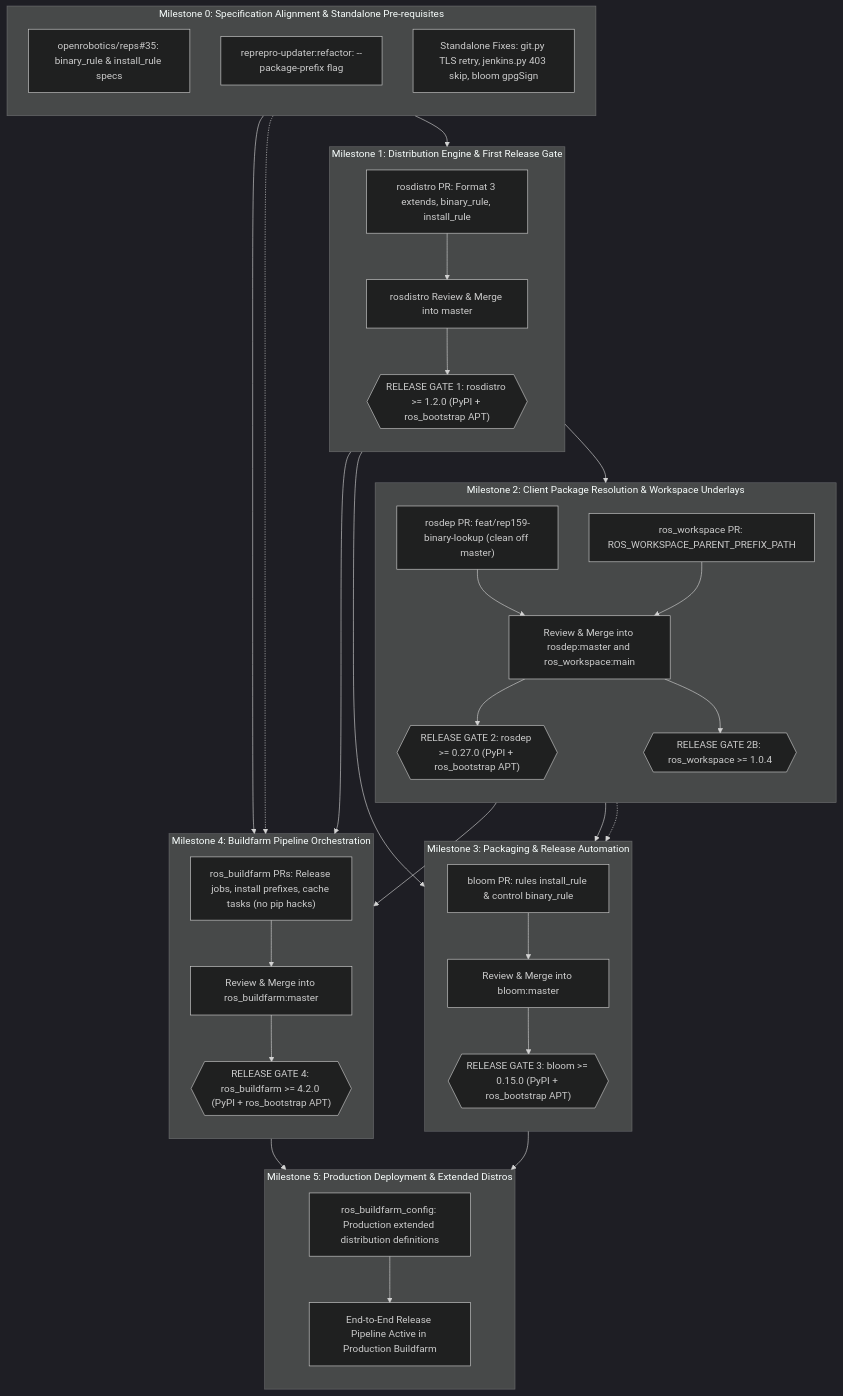
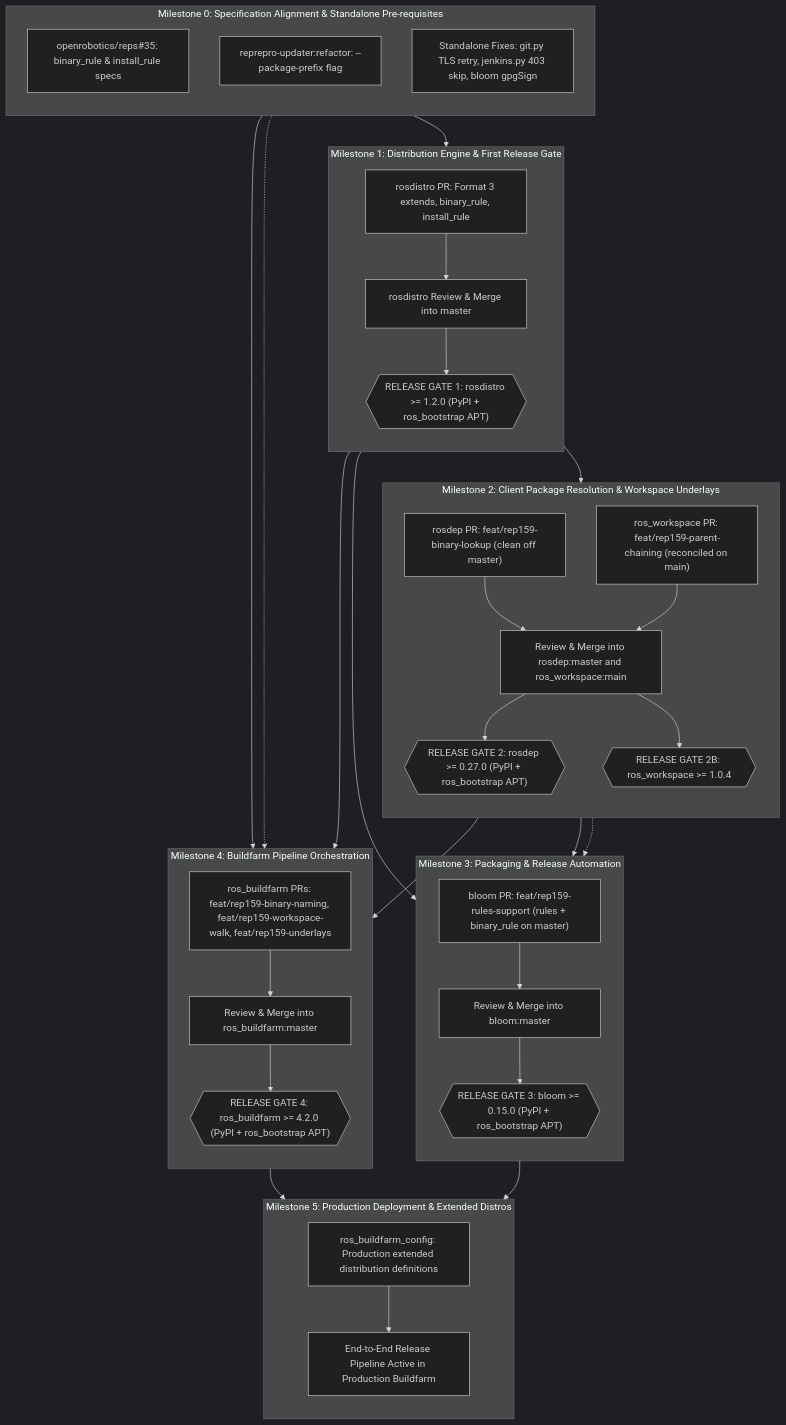
One commit to KmoM88/rep159-testing changed the second of 9 diagrams in STAGE_PR_AND_ISSUE_MAP.md. Above: the diagram before and after it, drawn with Mermaid (dark theme). The commit also changed other lines of this file and 1 other file, not shown here.

Commit message:
docs: sync milestone flowchart, gantt schedule tables and repo matrices with Stage 4 PR-ready branches

````diff
--- a/STAGE_PR_AND_ISSUE_MAP.md
+++ b/STAGE_PR_AND_ISSUE_MAP.md
@@ -56,63 +56,63 @@
 ```mermaid
 flowchart TD
     subgraph M0 ["Milestone 0: Specification Alignment & Standalone Pre-requisites"]
         direction TB
         M0_REPS["openrobotics/reps#35: binary_rule & install_rule specs"]
         M0_REPREPRO["reprepro-updater:refactor: --package-prefix flag"]
         M0_FIXES["Standalone Fixes: git.py TLS retry, jenkins.py 403 skip, bloom gpgSign"]
     end
 
     subgraph M1 ["Milestone 1: Distribution Engine & First Release Gate"]
         direction TB
         M1_PR["rosdistro PR: Format 3 extends, binary_rule, install_rule"]
         M1_MERGE["rosdistro Review & Merge into master"]
         G1{{"RELEASE GATE 1: rosdistro >= 1.2.0 (PyPI + ros_bootstrap APT)"}}
         M1_PR --> M1_MERGE --> G1
     end
 
     subgraph M2 ["Milestone 2: Client Package Resolution & Workspace Underlays"]
         direction TB
         M2_ROSDEP_PR["rosdep PR: feat/rep159-binary-lookup (clean off master)"]
-        M2_WS_PR["ros_workspace PR: ROS_WORKSPACE_PARENT_PREFIX_PATH"]
+        M2_WS_PR["ros_workspace PR: feat/rep159-parent-chaining (reconciled on main)"]
         M2_MERGE["Review & Merge into rosdep:master and ros_workspace:main"]
         G2{{"RELEASE GATE 2: rosdep >= 0.27.0 (PyPI + ros_bootstrap APT)"}}
         G2B{{"RELEASE GATE 2B: ros_workspace >= 1.0.4"}}
         M2_ROSDEP_PR --> M2_MERGE --> G2
         M2_WS_PR --> M2_MERGE --> G2B
     end
 
     subgraph M3 ["Milestone 3: Packaging & Release Automation"]
         direction TB
-        M3_BLOOM_PR["bloom PR: rules install_rule & control binary_rule"]
+        M3_BLOOM_PR["bloom PR: feat/rep159-rules-support (rules + binary_rule on master)"]
         M3_MERGE["Review & Merge into bloom:master"]
         G3{{"RELEASE GATE 3: bloom >= 0.15.0 (PyPI + ros_bootstrap APT)"}}
         M3_BLOOM_PR --> M3_MERGE --> G3
     end
 
     subgraph M4 ["Milestone 4: Buildfarm Pipeline Orchestration"]
         direction TB
-        M4_BF_PR["ros_buildfarm PRs: Release jobs, install prefixes, cache tasks (no pip hacks)"]
+        M4_BF_PR["ros_buildfarm PRs: feat/rep159-binary-naming, feat/rep159-workspace-walk, feat/rep159-underlays"]
         M4_MERGE["Review & Merge into ros_buildfarm:master"]
         G4{{"RELEASE GATE 4: ros_buildfarm >= 4.2.0 (PyPI + ros_bootstrap APT)"}}
         M4_BF_PR --> M4_MERGE --> G4
     end
 
     subgraph M5 ["Milestone 5: Production Deployment & Extended Distros"]
         direction TB
         M5_CONFIG["ros_buildfarm_config: Production extended distribution definitions"]
         M5_ACTIVE["End-to-End Release Pipeline Active in Production Buildfarm"]
         M5_CONFIG --> M5_ACTIVE
     end
 
     M0_REPS --> M1_PR
     G1 --> M2_ROSDEP_PR
     G1 --> M3_BLOOM_PR
     G2 --> M3_BLOOM_PR
     G1 --> M4_BF_PR
     G2 --> M4_BF_PR
     M0_REPREPRO --> M4_BF_PR
     M0_FIXES -.-> M4_BF_PR
     G2B -.-> M3_BLOOM_PR
     G3 --> M5_CONFIG
     G4 --> M5_CONFIG
 ```
````
